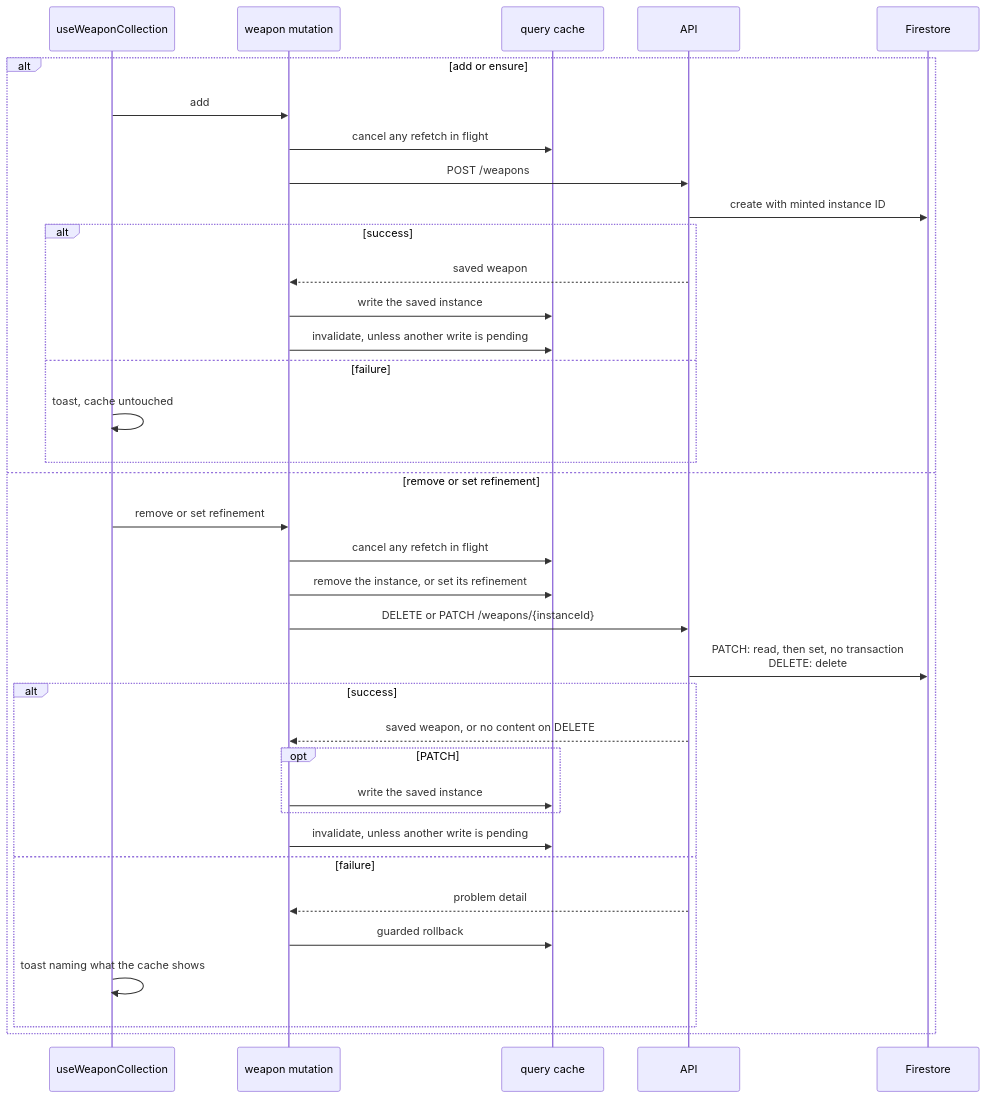
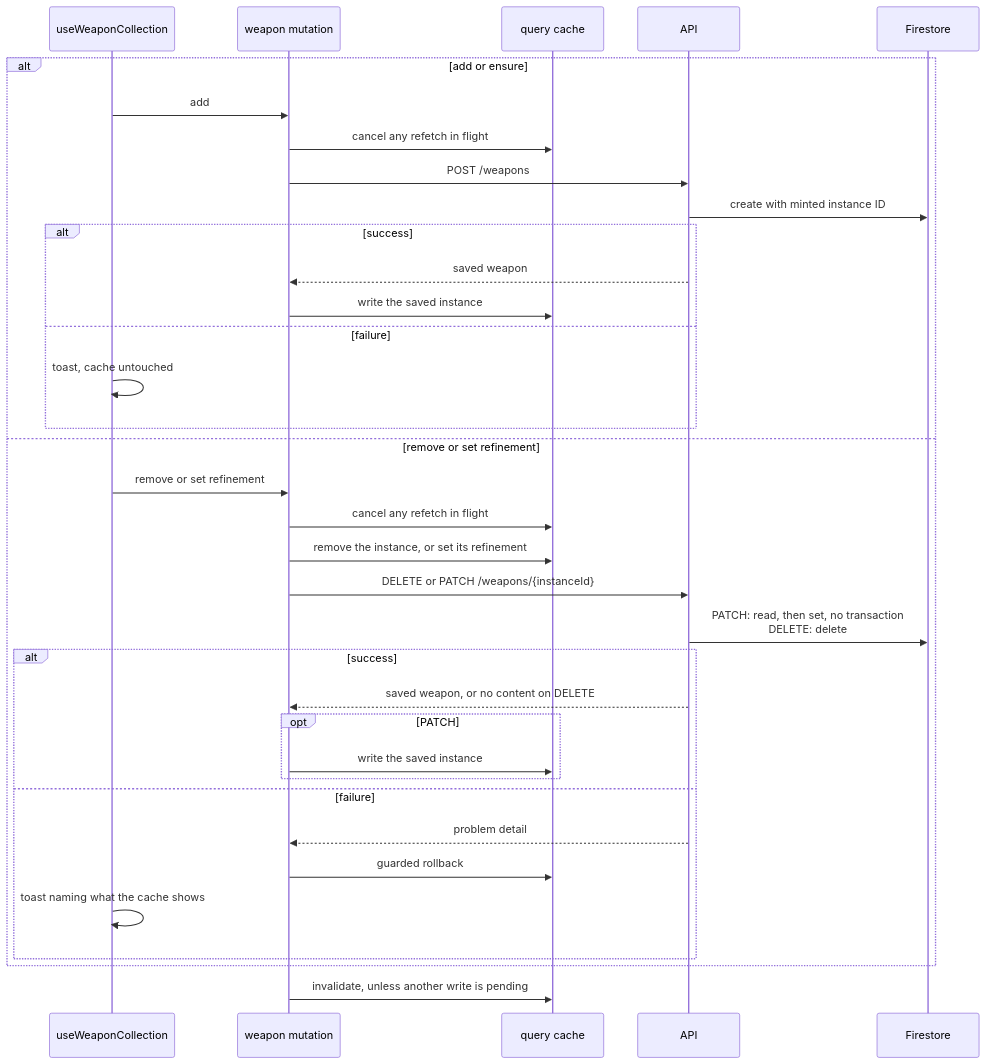
The second of 4 diagrams in docs/reference/data-flow-write-paths.md (dungeon-studio/genshin.dungeon.studio), drawn with Mermaid before and after one commit. The commit also changed other lines of this file and 10 other files, not shown here.

````diff
--- a/docs/reference/data-flow-write-paths.md
+++ b/docs/reference/data-flow-write-paths.md
@@ -94,39 +95,38 @@
 ```mermaid
 sequenceDiagram
   participant Hook as useWeaponCollection
   participant Mutation as weapon mutation
   participant Cache as query cache
   participant API as API
   participant FS as Firestore
 
   alt add or ensure
     Hook->>Mutation: add
     Mutation->>Cache: cancel any refetch in flight
     Mutation->>API: POST /weapons
     API->>FS: create with minted instance ID
     alt success
       API-->>Mutation: saved weapon
       Mutation->>Cache: write the saved instance
-      Mutation->>Cache: invalidate, unless another write is pending
     else failure
       Hook->>Hook: toast, cache untouched
     end
   else remove or set refinement
     Hook->>Mutation: remove or set refinement
     Mutation->>Cache: cancel any refetch in flight
     Mutation->>Cache: remove the instance, or set its refinement
     Mutation->>API: DELETE or PATCH /weapons/{instanceId}
     API->>FS: PATCH: read, then set, no transaction<br>DELETE: delete
     alt success
       API-->>Mutation: saved weapon, or no content on DELETE
       opt PATCH
         Mutation->>Cache: write the saved instance
       end
-      Mutation->>Cache: invalidate, unless another write is pending
     else failure
       API-->>Mutation: problem detail
       Mutation->>Cache: guarded rollback
       Hook->>Hook: toast naming what the cache shows
     end
   end
+  Mutation->>Cache: invalidate, unless another write is pending
 ```
````
